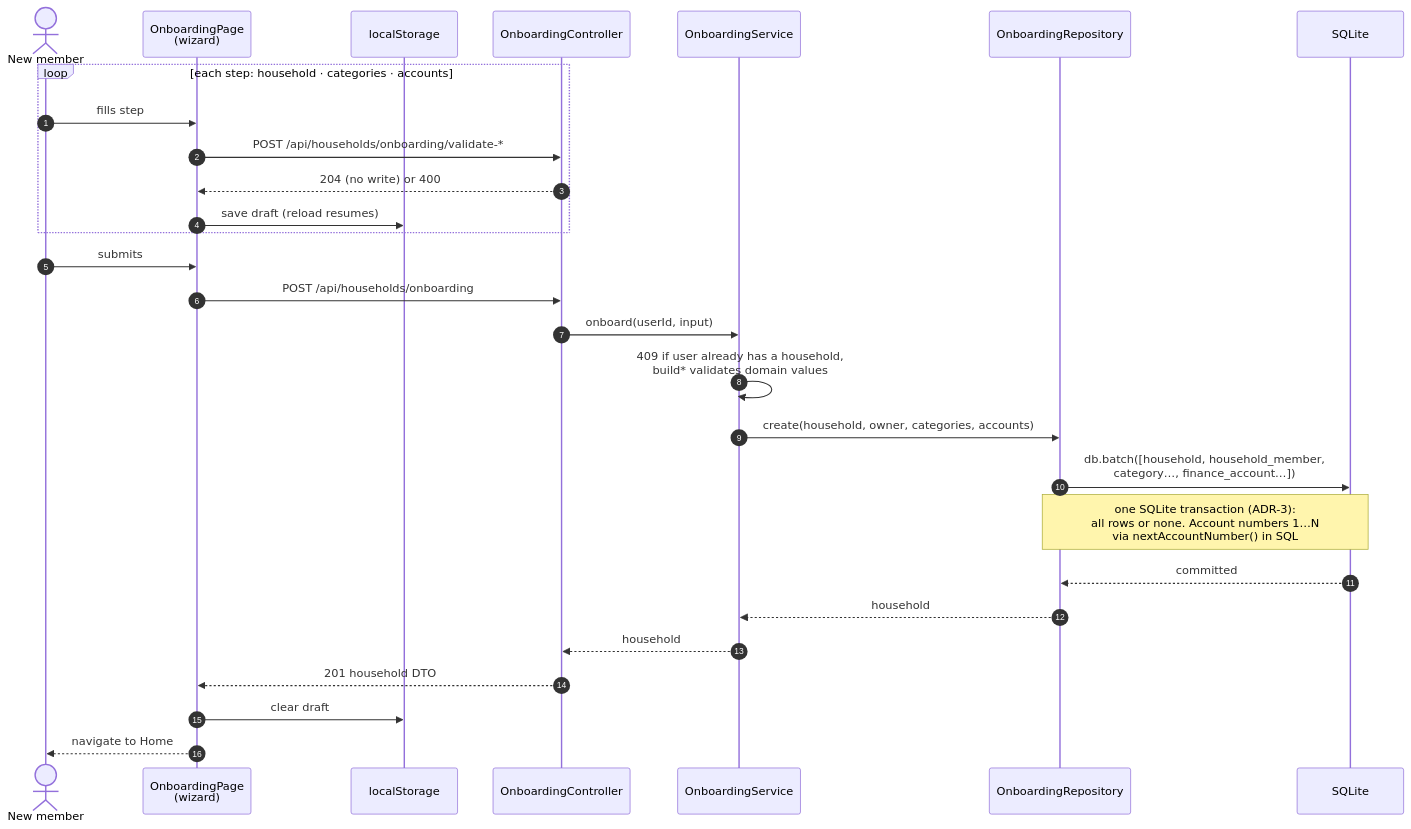
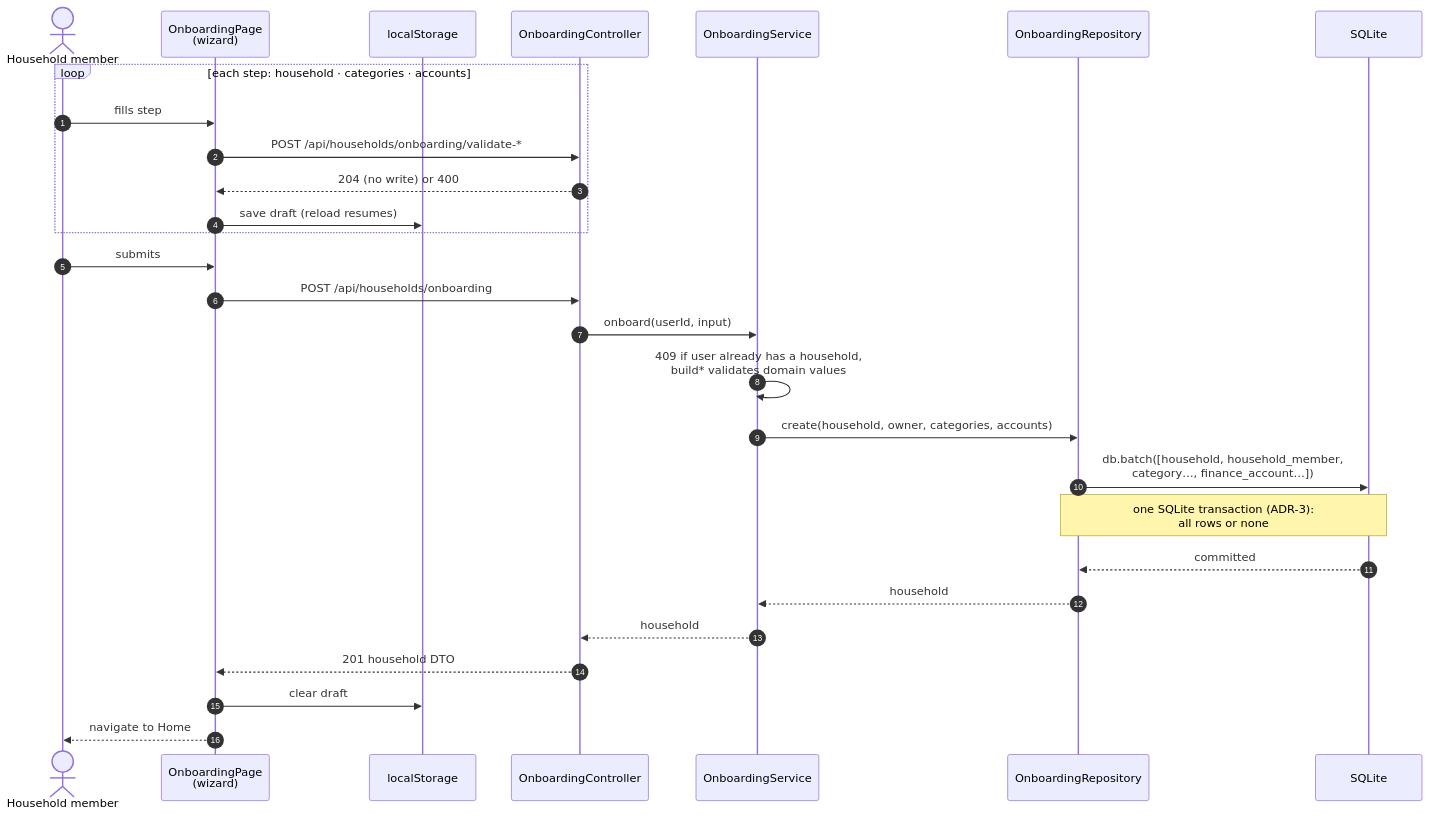
One commit to RomanL1/finance-dashboard changed the diagram in docs/arc42/diagrams/06_onboarding.mmd. Above: the diagram before and after it, drawn with Mermaid. The commit also changed 18 other files, not shown here.

```diff
--- a/docs/arc42/diagrams/06_onboarding.mmd
+++ b/docs/arc42/diagrams/06_onboarding.mmd
@@ -1,28 +1,28 @@
 sequenceDiagram
   autonumber
-  actor U as New member
+  actor U as Household member
   participant W as OnboardingPage<br/>(wizard)
   participant LS as localStorage
   participant C as OnboardingController
   participant SV as OnboardingService
   participant R as OnboardingRepository
   participant DB as SQLite
   loop each step: household · categories · accounts
     U->>W: fills step
     W->>C: POST /api/households/onboarding/validate-*
     C-->>W: 204 (no write) or 400
     W->>LS: save draft (reload resumes)
   end
   U->>W: submits
   W->>C: POST /api/households/onboarding
   C->>SV: onboard(userId, input)
   SV->>SV: 409 if user already has a household,<br/>build* validates domain values
   SV->>R: create(household, owner, categories, accounts)
   R->>DB: db.batch([household, household_member,<br/>category…, finance_account…])
-  Note over R,DB: one SQLite transaction (ADR-3):<br/>all rows or none. Account numbers 1…N<br/>via nextAccountNumber() in SQL
+  Note over R,DB: one SQLite transaction (ADR-3):<br/>all rows or none
   DB-->>R: committed
   R-->>SV: household
   SV-->>C: household
   C-->>W: 201 household DTO
   W->>LS: clear draft
   W-->>U: navigate to Home
```
